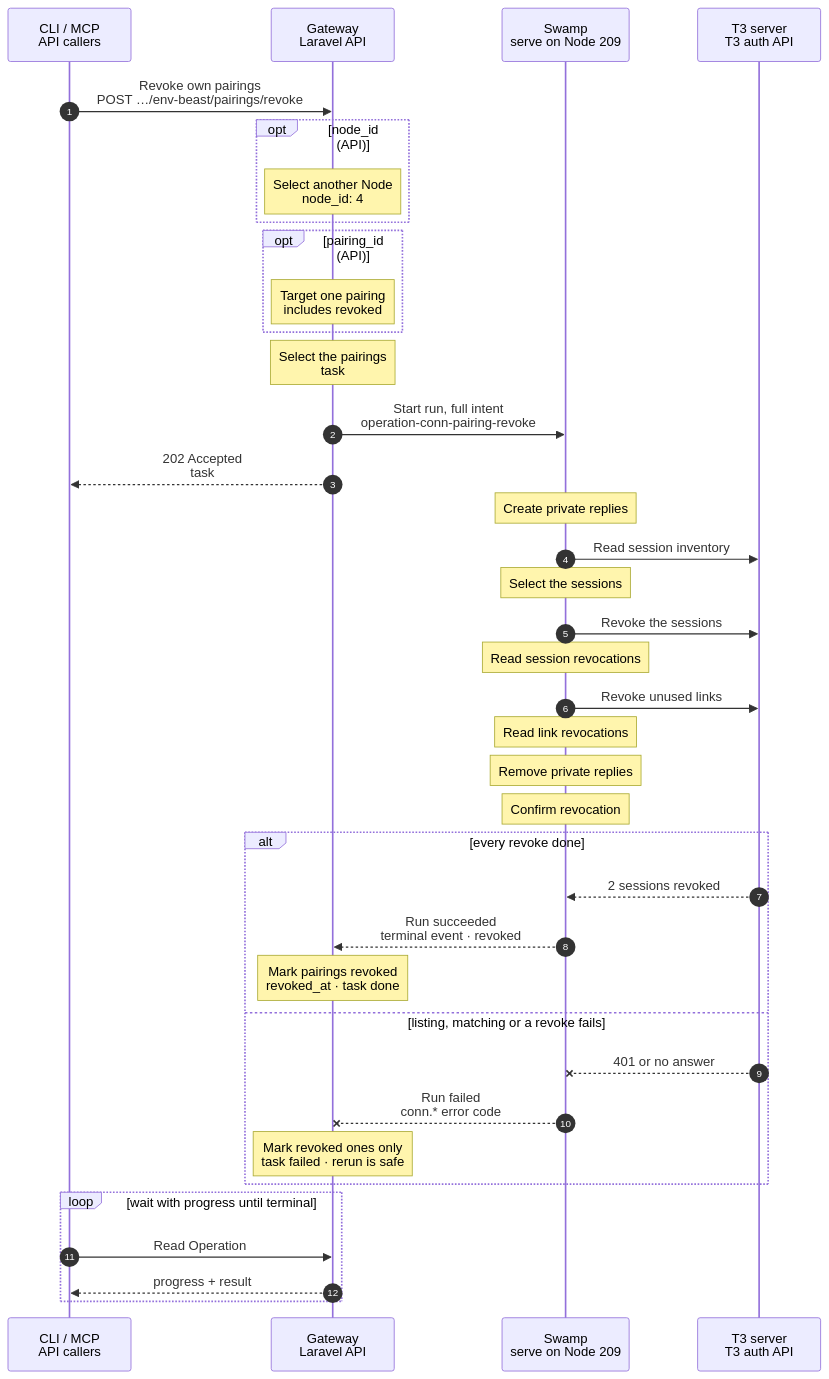
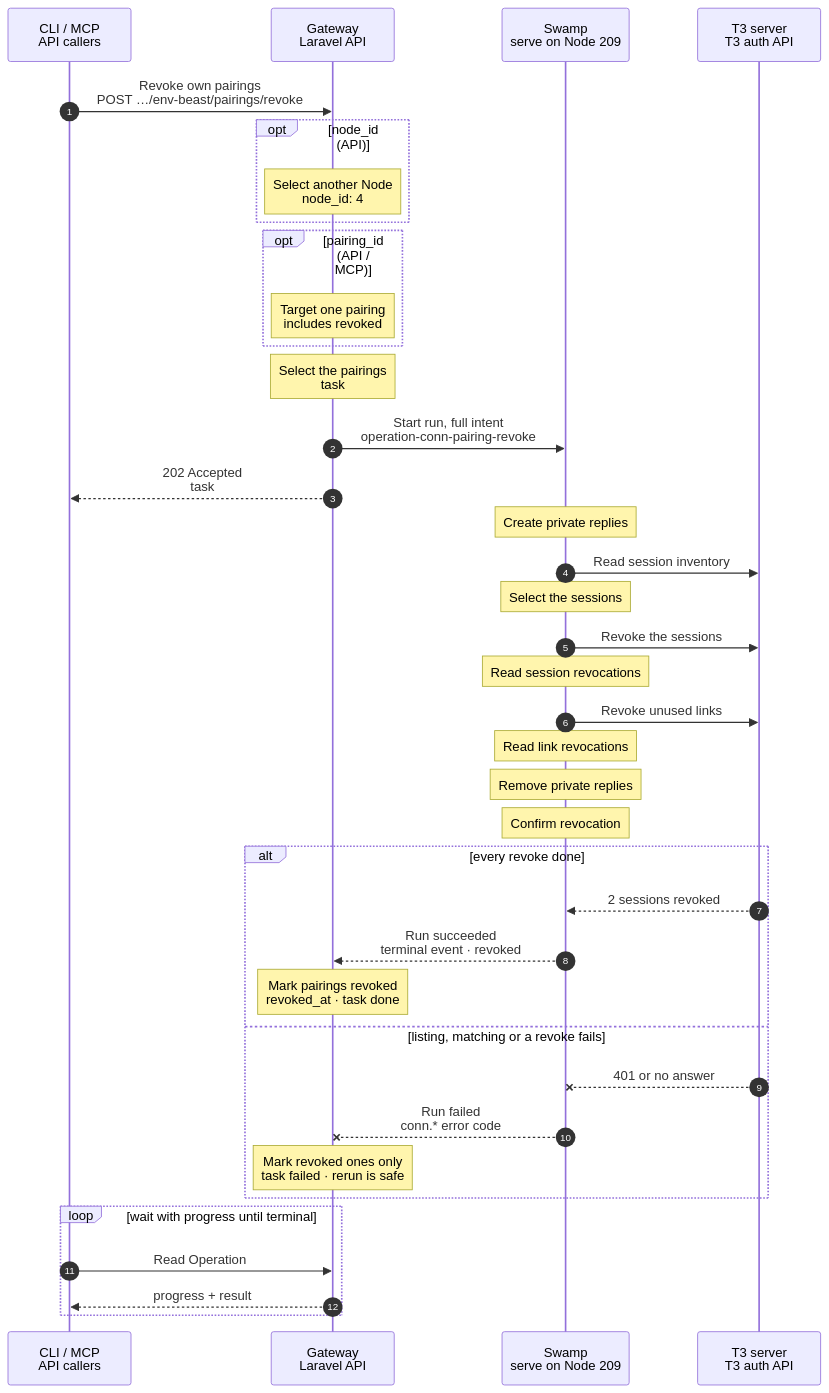
Before and after one commit to hardimpactdev/orbit: the diagram in docs/cli/conn/pairing-revoke.mmd, drawn with Mermaid. The commit also changed 11 other files, not shown here.

Commit message:
fix(conn): reject empty revocations and expose precise retries

```diff
--- a/docs/cli/conn/pairing-revoke.mmd
+++ b/docs/cli/conn/pairing-revoke.mmd
@@ -1,121 +1,121 @@
 sequenceDiagram
   %% Target design: ADR 0244 task, DECISIONS R1 (an external API call is an effect, so it is a run), R2-R4. docs/reference/conn.md#native-pairing-revocation.
   %% Tightened: flow-tighten 2026-11-02, rule 16 (the session list only picks the targets, so it folds into the revoke step).
   %% status: migrated
   %% command: none · API (conn-pairing-revoke)
   %% kind: conn.pairing_revoke
   autonumber
   %% lane CLI icon=terminal pill=caller tone=gray
   %% lane GW icon=gateway pill=intent tone=blue
   %% lane SW icon=workflow pill=executes tone=green
   %% lane T3 icon=server pill=target tone=purple
   participant CLI as CLI / MCP<br/>API callers
   participant GW as Gateway<br/>Laravel API
   participant SW as Swamp<br/>serve on Node 209
   participant T3 as T3 server<br/>T3 auth API
   CLI->>GW: Revoke own pairings<br/>POST …/env-beast/pairings/revoke
   %%> Command:
   %%> - `POST /api/v1/conn/environments/env-beast/pairings/revoke`
-  %%> - syntax: the MCP tool `conn-pairing-revoke` with `environment` and an optional `node_id`
+  %%> - syntax: the MCP tool `conn-pairing-revoke` with `environment`, optional `node_id` and optional `pairing_id`
   %%> Input:
   %%> - the T3 server, and the Node whose pairings go; without `node_id` it is the caller
   %%> Not included:
   %%> - there is no `orbit` command; WireGuard access does not change
   opt node_id (API)
     Note over GW: Select another Node<br/>node_id: 4
     %%> Input:
     %%> - `node_id` selects Node 4 instead of the caller
     %%> - the caller remains the owner of the revocation Operation
   end
-  opt pairing_id (API)
+  opt pairing_id (API / MCP)
     Note over GW: Target one pairing<br/>includes revoked
     %%> Input:
     %%> - pairing_id must belong to the selected Node and environment
   end
   Note over GW: Select the pairings<br/>task #5171 · session to vault
   %%> Requirements:
   %%> - the `conn` extension is on; the caller is an active Node
   %%> - the caller has node access to the Node that registered env-beast, else `node_access.required`
   %%> - env-beast is registered and the Gateway's admin session there has not expired
   %%> - no other revocation runs for env-beast; the Gateway holds one lock per server
   %%> What it does:
   %%> - captures the subject Node's open pairings on env-beast: their exact labels, issue windows, source IP and link IDs; the subject defaults to the caller
   %%> - overlapping windows on that Node and environment refuse with conn.revocation_ambiguous before any T3 call
   %%> - pushes the admin session to the Swamp vault as `conn-session-5171` after commit (R3)
   %%> Why a run:
   %%> - calling T3's API is an effect; the Gateway's only execution primitives are mint and sign
   GW->>SW: Start run, full intent<br/>operation-conn-pairing-revoke
   %%> What it does:
   %%> - starts one Swamp run on serve (Node 209); no Node is a target
   %%> Inputs:
   %%> - the T3 server URL, the captured labels, issue windows, source IP and link IDs, and the vault key names; never the session
   GW-->>CLI: 202 Accepted<br/>task #5171
   %%> What you get:
   %%> - the task number, at once
   %%> Next:
   %%> - the caller waits on the task and shows its progress
   Note over SW: Create private replies
   %%> How:
   %%> - mktemp creates a private worker directory; no raw HTTP reply enters run history
   SW->>T3: Read session inventory
   %%> How:
   %%> - one bounded subscribeAuthAccess WebSocket RPC with the admin bearer session from vault.get; its initial snapshot supplies payload.clientSessions
   %%> - no read is needed when no admitted pairing or cleanup label exists
   Note over SW: Select the sessions
   %%> What it does:
   %%> - typed data matches Conn one-time-token sessions by exact label; mcp-client sessions by exact Node IP and issue window
-  %%> - the current admin is preserved; a delivered pairing with no matching session refuses with conn.revocation_unmatched
+  %%> - the current admin is preserved; an empty selection or a delivered pairing with no matching session refuses with conn.revocation_unmatched
   %%> - an invalid or failed list refuses before any revoke
   SW->>T3: Revoke the sessions
   %%> How:
   %%> - one bounded curl request per selected session, in native forEach
   %%> - the reply stays in the private directory; no duplicate ownership read
   Note over SW: Read session revocations
   %%> What it does:
   %%> - typed data reads private replies and keeps valid completions and the revoked count
-  %%> - zero actual revocations for a delivered pairing fail with conn.revocation_unmatched and block link revocation
+  %%> - zero actual session revocations fail with conn.revocation_unmatched and block link revocation
   SW->>T3: Revoke unused links
   %%> How:
   %%> - one bounded curl request per captured link; a failed session phase blocks these calls
   Note over SW: Read link revocations
   %%> What it does:
   %%> - typed data keeps each valid link completion, including partial failure
   Note over SW: Remove private replies
   %%> How:
   %%> - declared completed or skipped dependencies remove the directory after failure too
   Note over SW: Confirm revocation
   %%> Check:
   %%> - the native assert requires valid replies for every admitted action
   alt every revoke done
     T3-->>SW: 2 sessions revoked
     %%> Returns:
     %%> - each revoke answered
     SW-->>GW: Run succeeded<br/>terminal event · revoked
     %%> How the Gateway learns it:
     %%> - its shared run reader sees the terminal event; Swamp never calls the Gateway
     Note over GW: Mark pairings revoked<br/>revoked_at · task done
     %%> Result:
     %%> - the subject Node's pairings on env-beast get `revoked_at`, and their stored links are removed
     %%> - the device loses env-beast at once; its other servers and Orbit access stay
     %%> - task #5171 succeeds
   else listing, matching or a revoke fails
     T3--xSW: 401 or no answer
     %%> When:
     %%> - T3 refuses the admin session, cannot be reached, or answers with invalid data
     SW--xGW: Run failed<br/>conn.* error code
     %%> The Gateway reads:
     %%> - which step failed and its safe error code
     Note over GW: Mark revoked ones only<br/>task failed · rerun is safe
     %%> Result:
     %%> - unmatched failures keep every pairing row unchanged; other failures mark only pairings whose sessions and links completed; task #5171 fails
     %%> Retry:
-    %%> - safe: run it again; it lists the sessions again and skips those already gone
+    %%> - use pairing_id to retry a revoked row whose session still lives; an empty retry fails with conn.revocation_unmatched
   end
   loop wait with progress until terminal
     CLI->>GW: Read Operation #5171<br/>GET conn/operations/5171
     %%> What it does:
     %%> - waits on the task and shows each step label as progress
     GW-->>CLI: progress + result
     %%> Returns:
     %%> - the progress, and the number of revoked sessions once the task has ended
   end
```
